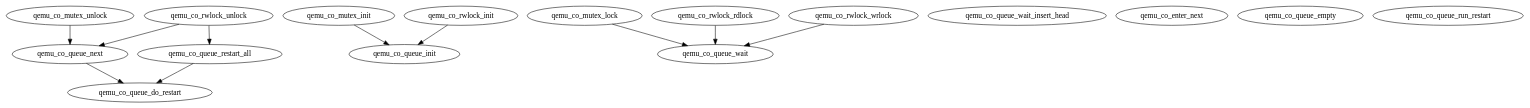
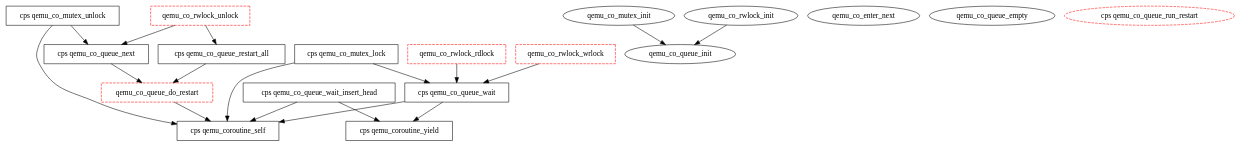
One commit to kerneis/cpc-qemu-bench changed the diagram in graphs/lock-cannet.dot. Above: the diagram before and after it, drawn with Graphviz. The commit also changed 3 other files, not shown here.

Commit message:
Fix corocheck graphs

```diff
--- a/graphs/lock-cannet.dot
+++ b/graphs/lock-cannet.dot
@@ -1,32 +1,42 @@
 digraph G {
-  "qemu_co_queue_do_restart" [shape=ellipse, color="#000000", style=solid];
+  "qemu_co_queue_do_restart" [shape=box, color="#FF0000", style=dashed];
+  "cps qemu_coroutine_yield" [shape=box, color="#000000", style=solid];
+  "cps qemu_coroutine_self" [shape=box, color="#000000", style=solid];
   "qemu_co_queue_init" [shape=ellipse, color="#000000", style=solid];
-  "qemu_co_queue_wait" [shape=ellipse, color="#000000", style=solid];
-  "qemu_co_queue_wait_insert_head" [shape=ellipse, color="#000000",
-                                    style=solid];
-  "qemu_co_queue_next" [shape=ellipse, color="#000000", style=solid];
-  "qemu_co_queue_restart_all" [shape=ellipse, color="#000000", style=solid];
+  "cps qemu_co_queue_wait" [shape=box, color="#000000", style=solid];
+  "cps qemu_co_queue_wait_insert_head" [shape=box, color="#000000",
+                                        style=solid];
+  "cps qemu_co_queue_next" [shape=box, color="#000000", style=solid];
+  "cps qemu_co_queue_restart_all" [shape=box, color="#000000", style=solid];
   "qemu_co_enter_next" [shape=ellipse, color="#000000", style=solid];
   "qemu_co_queue_empty" [shape=ellipse, color="#000000", style=solid];
   "qemu_co_mutex_init" [shape=ellipse, color="#000000", style=solid];
-  "qemu_co_mutex_lock" [shape=ellipse, color="#000000", style=solid];
-  "qemu_co_mutex_unlock" [shape=ellipse, color="#000000", style=solid];
+  "cps qemu_co_mutex_lock" [shape=box, color="#000000", style=solid];
+  "cps qemu_co_mutex_unlock" [shape=box, color="#000000", style=solid];
   "qemu_co_rwlock_init" [shape=ellipse, color="#000000", style=solid];
-  "qemu_co_rwlock_rdlock" [shape=ellipse, color="#000000", style=solid];
-  "qemu_co_rwlock_wrlock" [shape=ellipse, color="#000000", style=solid];
-  "qemu_co_rwlock_unlock" [shape=ellipse, color="#000000", style=solid];
-  "qemu_co_queue_run_restart" [shape=ellipse, color="#000000", style=solid];
+  "qemu_co_rwlock_rdlock" [shape=box, color="#FF0000", style=dashed];
+  "qemu_co_rwlock_wrlock" [shape=box, color="#FF0000", style=dashed];
+  "qemu_co_rwlock_unlock" [shape=box, color="#FF0000", style=dashed];
+  "cps qemu_co_queue_run_restart" [shape=ellipse, color="#FF0000",
+                                   style=dashed];
   
   
-  "qemu_co_queue_next" -> "qemu_co_queue_do_restart";
-  "qemu_co_queue_restart_all" -> "qemu_co_queue_do_restart";
+  "qemu_co_queue_do_restart" -> "cps qemu_coroutine_self";
+  "cps qemu_co_queue_wait" -> "cps qemu_coroutine_yield";
+  "cps qemu_co_queue_wait" -> "cps qemu_coroutine_self";
+  "cps qemu_co_queue_wait_insert_head" -> "cps qemu_coroutine_yield";
+  "cps qemu_co_queue_wait_insert_head" -> "cps qemu_coroutine_self";
+  "cps qemu_co_queue_next" -> "qemu_co_queue_do_restart";
+  "cps qemu_co_queue_restart_all" -> "qemu_co_queue_do_restart";
   "qemu_co_mutex_init" -> "qemu_co_queue_init";
-  "qemu_co_mutex_lock" -> "qemu_co_queue_wait";
-  "qemu_co_mutex_unlock" -> "qemu_co_queue_next";
+  "cps qemu_co_mutex_lock" -> "cps qemu_coroutine_self";
+  "cps qemu_co_mutex_lock" -> "cps qemu_co_queue_wait";
+  "cps qemu_co_mutex_unlock" -> "cps qemu_coroutine_self";
+  "cps qemu_co_mutex_unlock" -> "cps qemu_co_queue_next";
   "qemu_co_rwlock_init" -> "qemu_co_queue_init";
-  "qemu_co_rwlock_rdlock" -> "qemu_co_queue_wait";
-  "qemu_co_rwlock_wrlock" -> "qemu_co_queue_wait";
-  "qemu_co_rwlock_unlock" -> "qemu_co_queue_next";
-  "qemu_co_rwlock_unlock" -> "qemu_co_queue_restart_all";
+  "qemu_co_rwlock_rdlock" -> "cps qemu_co_queue_wait";
+  "qemu_co_rwlock_wrlock" -> "cps qemu_co_queue_wait";
+  "qemu_co_rwlock_unlock" -> "cps qemu_co_queue_next";
+  "qemu_co_rwlock_unlock" -> "cps qemu_co_queue_restart_all";
   
   }
```
